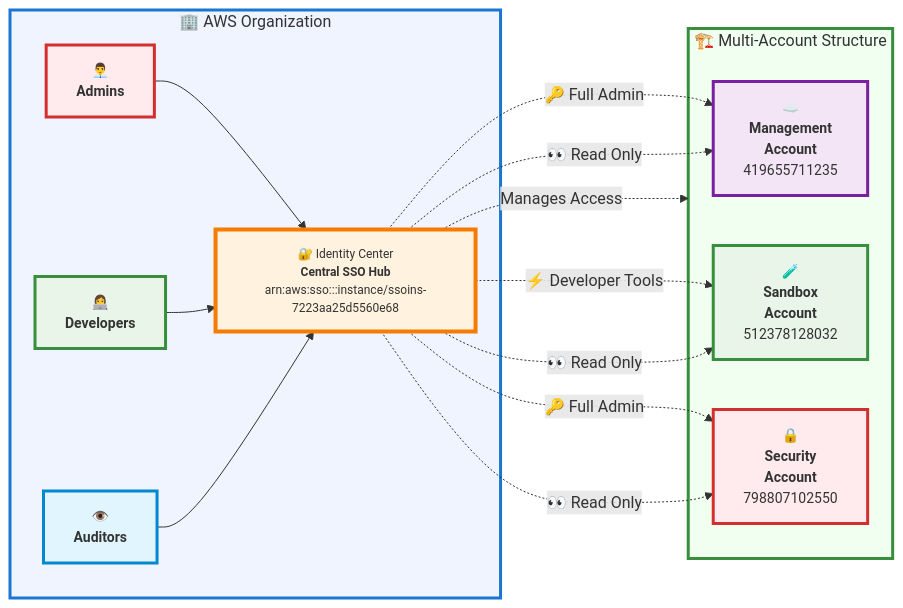
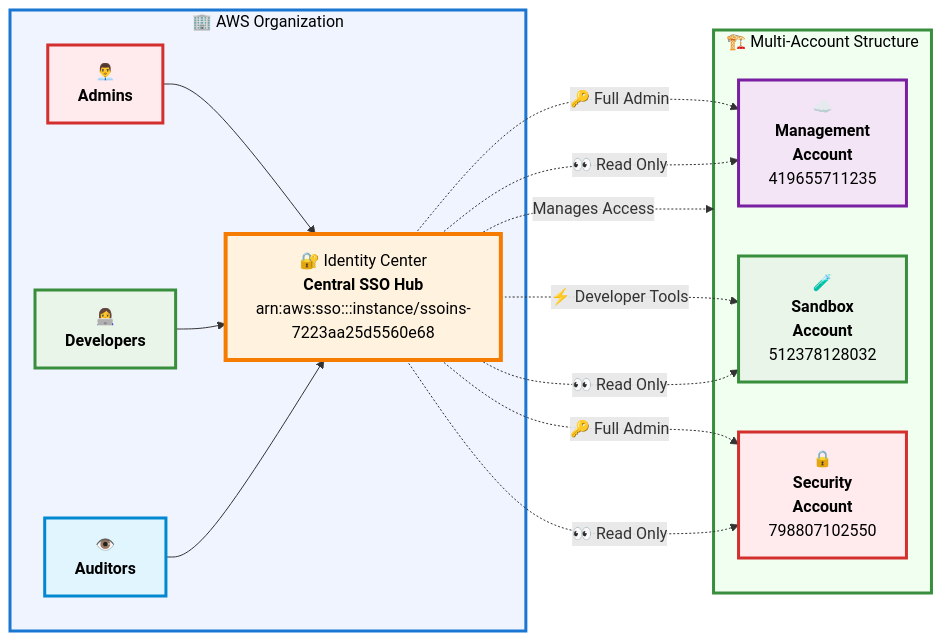
One commit to JEEJY30/Terraform-IAC-Projects changed the diagram in README.md. Above: the diagram before and after it, drawn with Mermaid.

````diff
--- a/README.md
+++ b/README.md
@@ -91,45 +91,45 @@
 ```mermaid
 graph LR
     %% AWS Organization and Identity Center (top layer)
     subgraph ORG["🏢 AWS Organization"]
         IC["🔐 Identity Center<br/><b>Central SSO Hub</b><br/>arn:aws:sso:::instance/ssoins-7223aa25d5560e68"]
         
         %% Users (connect to Identity Center)
         A1["👨‍💼<br/><b>Admins</b>"]
         A2["👩‍💻<br/><b>Developers</b>"] 
         A3["👁️<br/><b>Auditors</b>"]
         
         A1 --> IC
         A2 --> IC
         A3 --> IC
     end
     
     %% Multi-Account Structure
     subgraph ACCOUNTS["🏗️ Multi-Account Structure"]
         E["☁️<br/><b>Management<br/>Account</b><br/>419655711235"]
         F["🧪<br/><b>Sandbox<br/>Account</b><br/>512378128032"]
         G["🔒<br/><b>Security<br/>Account</b><br/>798807102550"]
     end
     
     %% Identity Center manages access across all accounts
     IC -.->|"Manages Access"| ACCOUNTS
     
     %% Access flows from Identity Center through permission sets
     IC -.->|"🔑 Full Admin"| E
     IC -.->|"🔑 Full Admin"| G
     IC -.->|"⚡ Developer Tools"| F
     IC -.->|"👀 Read Only"| E
     IC -.->|"👀 Read Only"| F
     IC -.->|"👀 Read Only"| G
     
-    %% Styling
-    style ORG fill:#f0f4ff,stroke:#1976d2,stroke-width:3px
-    style ACCOUNTS fill:#f0fff0,stroke:#388e3c,stroke-width:3px
-    style IC fill:#fff3e0,stroke:#f57c00,stroke-width:4px,font-size:12px
-    style A1 fill:#ffebee,stroke:#d32f2f,stroke-width:3px,font-size:14px
-    style A2 fill:#e8f5e8,stroke:#388e3c,stroke-width:3px,font-size:14px
-    style A3 fill:#e1f5fe,stroke:#0288d1,stroke-width:3px,font-size:14px
-    style E fill:#f3e5f5,stroke:#7b1fa2,stroke-width:3px,font-size:14px
-    style F fill:#e8f5e8,stroke:#388e3c,stroke-width:3px,font-size:14px
-    style G fill:#ffebee,stroke:#d32f2f,stroke-width:3px,font-size:14px
+    %% Styling with black text
+    style ORG fill:#f0f4ff,stroke:#1976d2,stroke-width:3px,color:#000000
+    style ACCOUNTS fill:#f0fff0,stroke:#388e3c,stroke-width:3px,color:#000000
+    style IC fill:#fff3e0,stroke:#f57c00,stroke-width:4px,color:#000000
+    style A1 fill:#ffebee,stroke:#d32f2f,stroke-width:3px,color:#000000
+    style A2 fill:#e8f5e8,stroke:#388e3c,stroke-width:3px,color:#000000
+    style A3 fill:#e1f5fe,stroke:#0288d1,stroke-width:3px,color:#000000
+    style E fill:#f3e5f5,stroke:#7b1fa2,stroke-width:3px,color:#000000
+    style F fill:#e8f5e8,stroke:#388e3c,stroke-width:3px,color:#000000
+    style G fill:#ffebee,stroke:#d32f2f,stroke-width:3px,color:#000000
 ```
````
